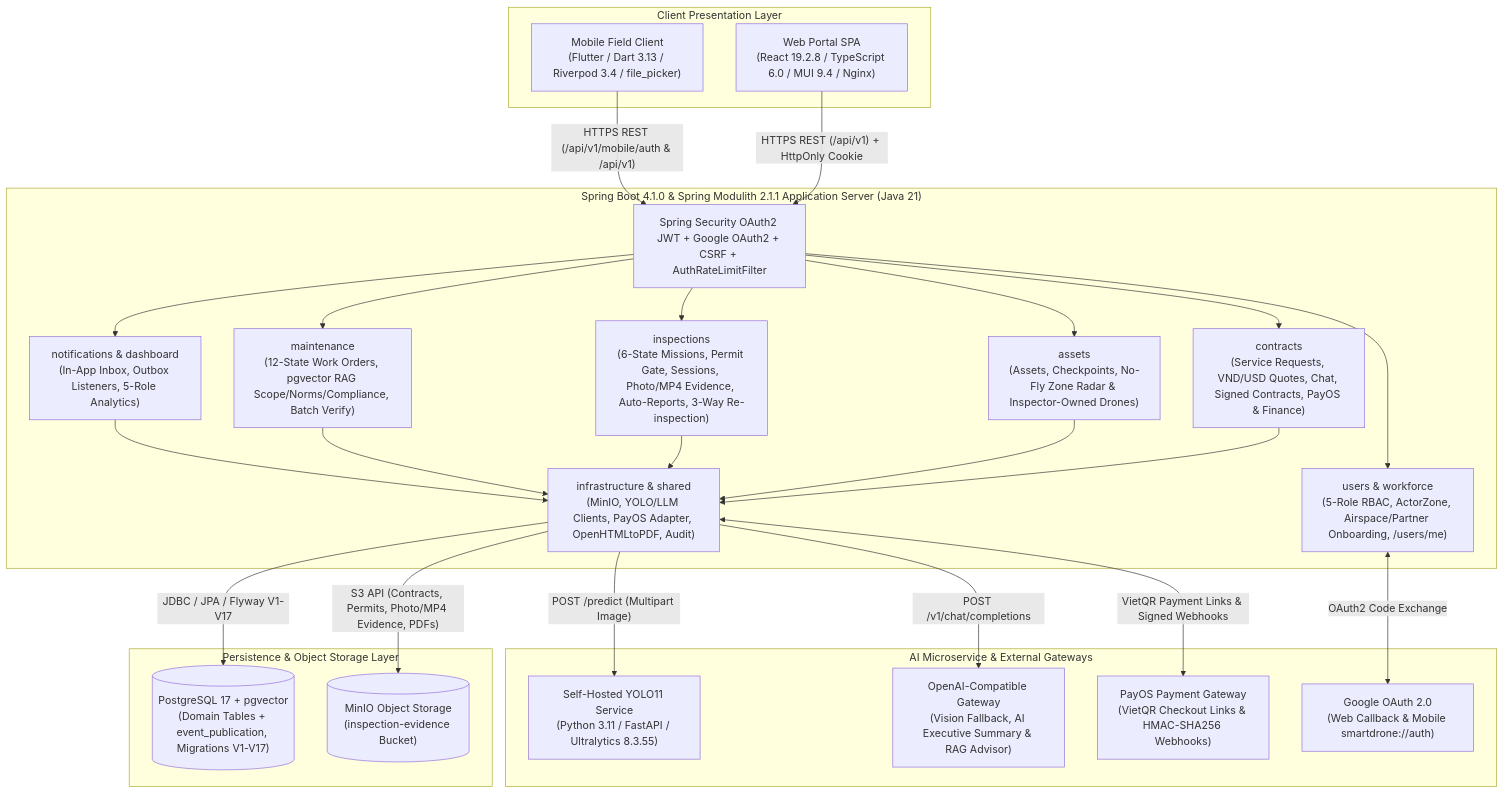
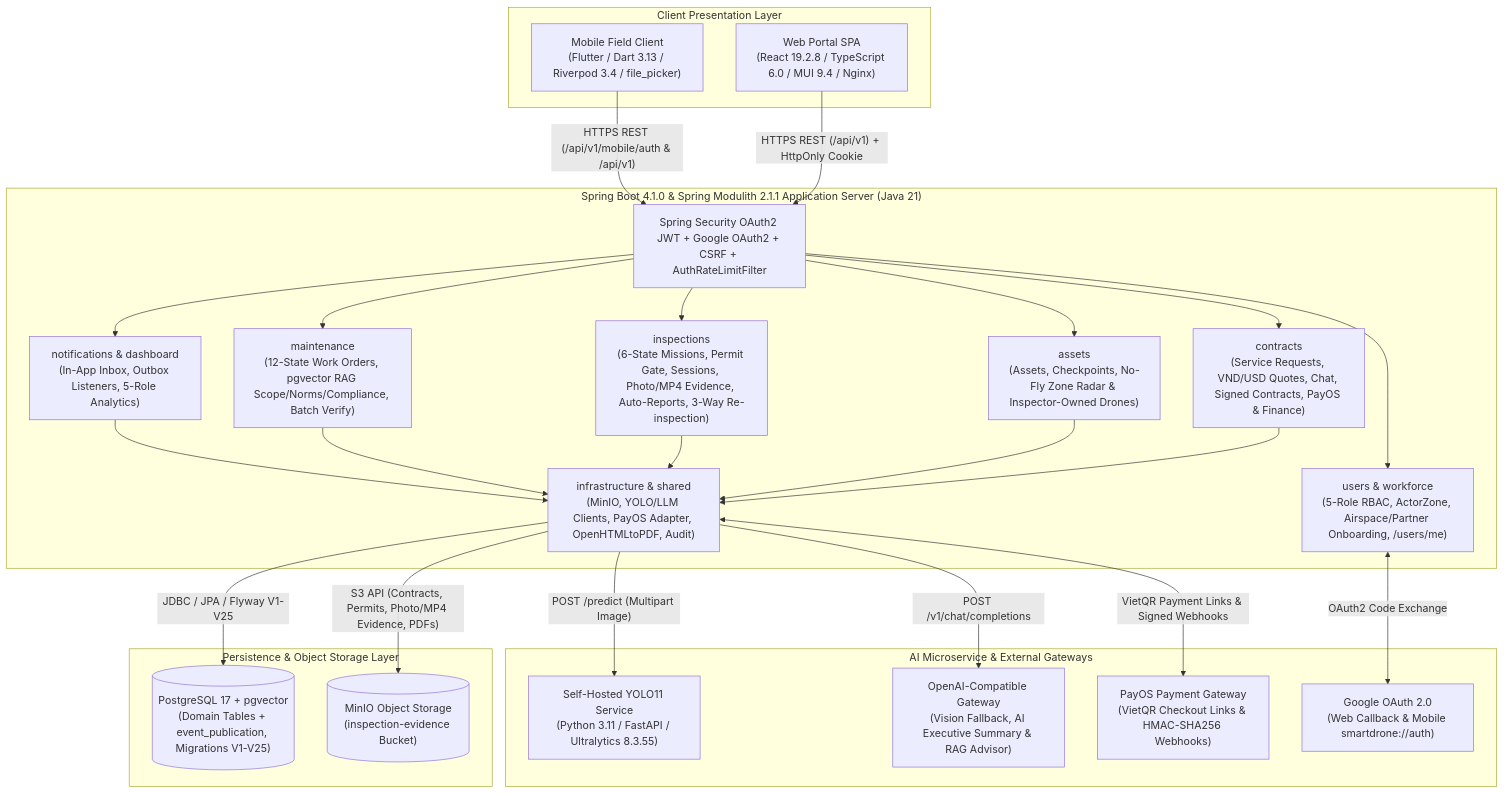
Before and after one commit to josecerejo/SmartDroneInspection-Docs: the first of 2 diagrams in reports/report-4-software-design-document/01-system-design.md, drawn with Mermaid. The commit also changed other lines of this file and 11 other files, not shown here.

First line of the commit message:
docs(reports): synchronize Reports 3, 4, and 5 with V25 database schema cleanup (#84)

````diff
--- a/reports/report-4-software-design-document/01-system-design.md
+++ b/reports/report-4-software-design-document/01-system-design.md
@@ -16,54 +16,54 @@
 ```mermaid
 %% title: System Architecture Diagram
 flowchart TD
   subgraph Clients["Client Presentation Layer"]
     CLIENT_WEB["Web Portal SPA\n(React 19.2.8 / TypeScript 6.0 / MUI 9.4 / Nginx)"]
     CLIENT_MOB["Mobile Field Client\n(Flutter / Dart 3.13 / Riverpod 3.4 / file_picker)"]
   end
 
   subgraph Backend["Spring Boot 4.1.0 & Spring Modulith 2.1.1 Application Server (Java 21)"]
     SEC_FILTER["Spring Security OAuth2 JWT + Google OAuth2 + CSRF + AuthRateLimitFilter"]
     MOD_USERS["users & workforce\n(5-Role RBAC, ActorZone, Airspace/Partner Onboarding, /users/me)"]
     MOD_CONTRACTS["contracts\n(Service Requests, VND/USD Quotes, Chat, Signed Contracts, PayOS & Finance)"]
     MOD_ASSETS["assets\n(Assets, Checkpoints, No-Fly Zone Radar & Inspector-Owned Drones)"]
     MOD_INSP["inspections\n(6-State Missions, Permit Gate, Sessions, Photo/MP4 Evidence, Auto-Reports, 3-Way Re-inspection)"]
     MOD_MAINT["maintenance\n(12-State Work Orders, pgvector RAG Scope/Norms/Compliance, Batch Verify)"]
     MOD_NOTIF["notifications & dashboard\n(In-App Inbox, Outbox Listeners, 5-Role Analytics)"]
     MOD_INFRA["infrastructure & shared\n(MinIO, YOLO/LLM Clients, PayOS Adapter, OpenHTMLtoPDF, Audit)"]
   end
 
   subgraph DataAndStorage["Persistence & Object Storage Layer"]
-    DB_PG[("PostgreSQL 17 + pgvector\n(Domain Tables + event_publication, Migrations V1-V17)")]
+    DB_PG[("PostgreSQL 17 + pgvector\n(Domain Tables + event_publication, Migrations V1-V25)")]
     STORE_MINIO[("MinIO Object Storage\n(inspection-evidence Bucket)")]
   end
 
   subgraph ExternalAndAI["AI Microservice & External Gateways"]
     AI_SERVICE["Self-Hosted YOLO11 Service\n(Python 3.11 / FastAPI / Ultralytics 8.3.55)"]
     LLM_GATEWAY["OpenAI-Compatible Gateway\n(Vision Fallback, AI Executive Summary & RAG Advisor)"]
     PAYOS["PayOS Payment Gateway\n(VietQR Checkout Links & HMAC-SHA256 Webhooks)"]
     GOOGLE_OAUTH["Google OAuth 2.0\n(Web Callback & Mobile smartdrone://auth)"]
   end
 
   CLIENT_WEB -->|"HTTPS REST (/api/v1) + HttpOnly Cookie"| SEC_FILTER
   CLIENT_MOB -->|"HTTPS REST (/api/v1/mobile/auth & /api/v1)"| SEC_FILTER
 
   SEC_FILTER --> MOD_USERS
   SEC_FILTER --> MOD_CONTRACTS
   SEC_FILTER --> MOD_ASSETS
   SEC_FILTER --> MOD_INSP
   SEC_FILTER --> MOD_MAINT
   SEC_FILTER --> MOD_NOTIF
 
   MOD_CONTRACTS --> MOD_INFRA
   MOD_ASSETS --> MOD_INFRA
   MOD_INSP --> MOD_INFRA
   MOD_MAINT --> MOD_INFRA
   MOD_NOTIF --> MOD_INFRA
 
-  MOD_INFRA -->|"JDBC / JPA / Flyway V1-V17"| DB_PG
+  MOD_INFRA -->|"JDBC / JPA / Flyway V1-V25"| DB_PG
   MOD_INFRA -->|"S3 API (Contracts, Permits, Photo/MP4 Evidence, PDFs)"| STORE_MINIO
   MOD_INFRA -->|"POST /predict (Multipart Image)"| AI_SERVICE
   MOD_INFRA -->|"POST /v1/chat/completions"| LLM_GATEWAY
   MOD_INFRA <-->|"VietQR Payment Links & Signed Webhooks"| PAYOS
   MOD_USERS <-->|"OAuth2 Code Exchange"| GOOGLE_OAUTH
 ```
````
